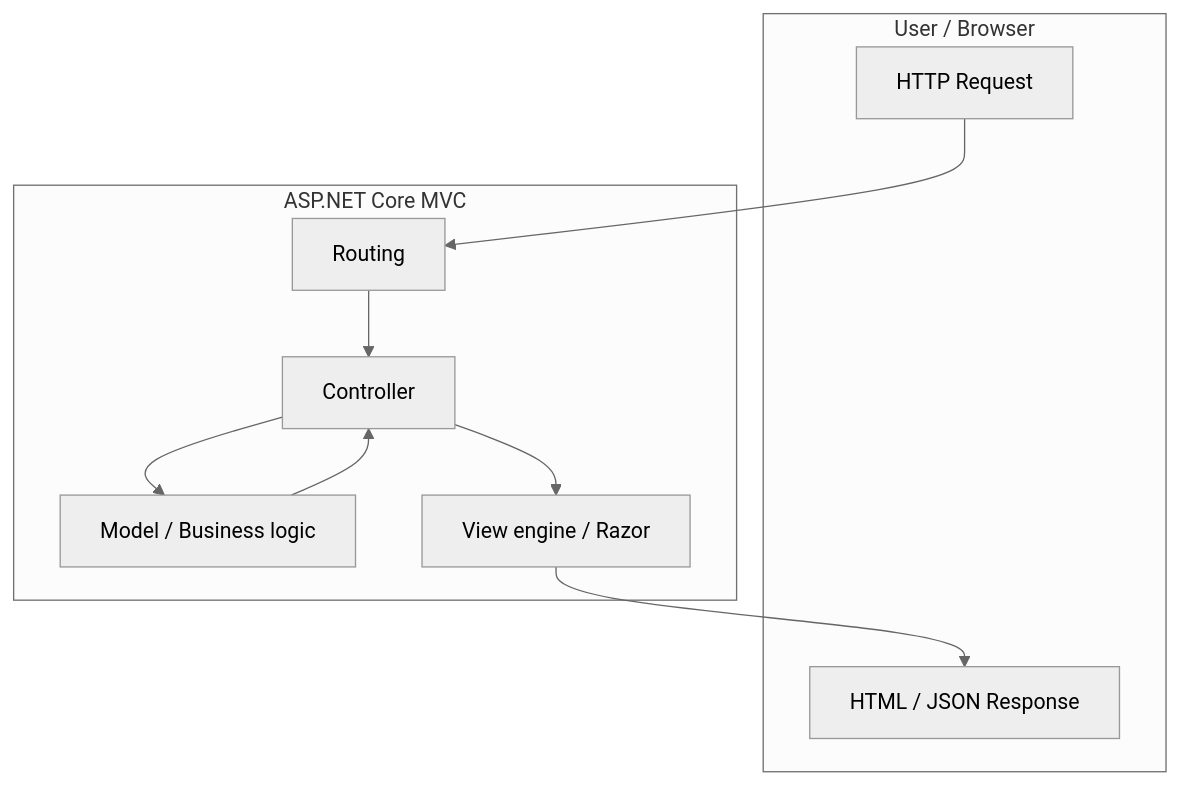
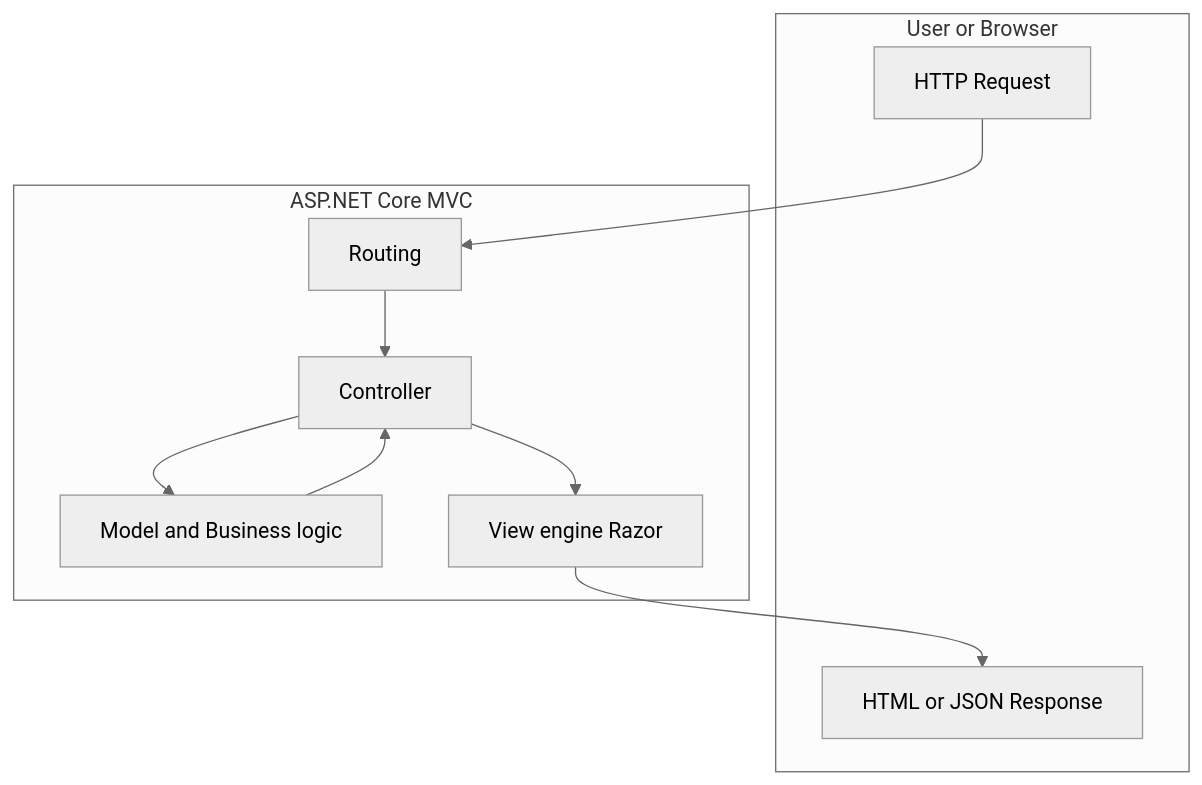
One commit to sridharpolepalli/dotnet-learn changed diagram 16 of 19 in ASP.NET-Core-Network-HTTP-Guide.md. Above: the diagram before and after it, drawn with Mermaid (neutral theme). The commit also changed other lines of this file and 1 other file, not shown here.

Commit message:
fixing the mermaid issues

````diff
--- a/ASP.NET-Core-Network-HTTP-Guide.md
+++ b/ASP.NET-Core-Network-HTTP-Guide.md
@@ -865,21 +865,21 @@
 ```mermaid
 flowchart TB
-    subgraph User["User / Browser"]
+    subgraph User["User or Browser"]
         Req[HTTP Request]
-        Resp[HTML / JSON Response]
+        Resp["HTML or JSON Response"]
     end
 
     subgraph Server["ASP.NET Core MVC"]
         Route[Routing]
         Ctrl[Controller]
-        Model[Model / Business logic]
-        View[View engine / Razor]
+        Model["Model and Business logic"]
+        View["View engine Razor"]
     end
 
     Req --> Route
     Route --> Ctrl
     Ctrl --> Model
     Model --> Ctrl
     Ctrl --> View
     View --> Resp
 ```
````
